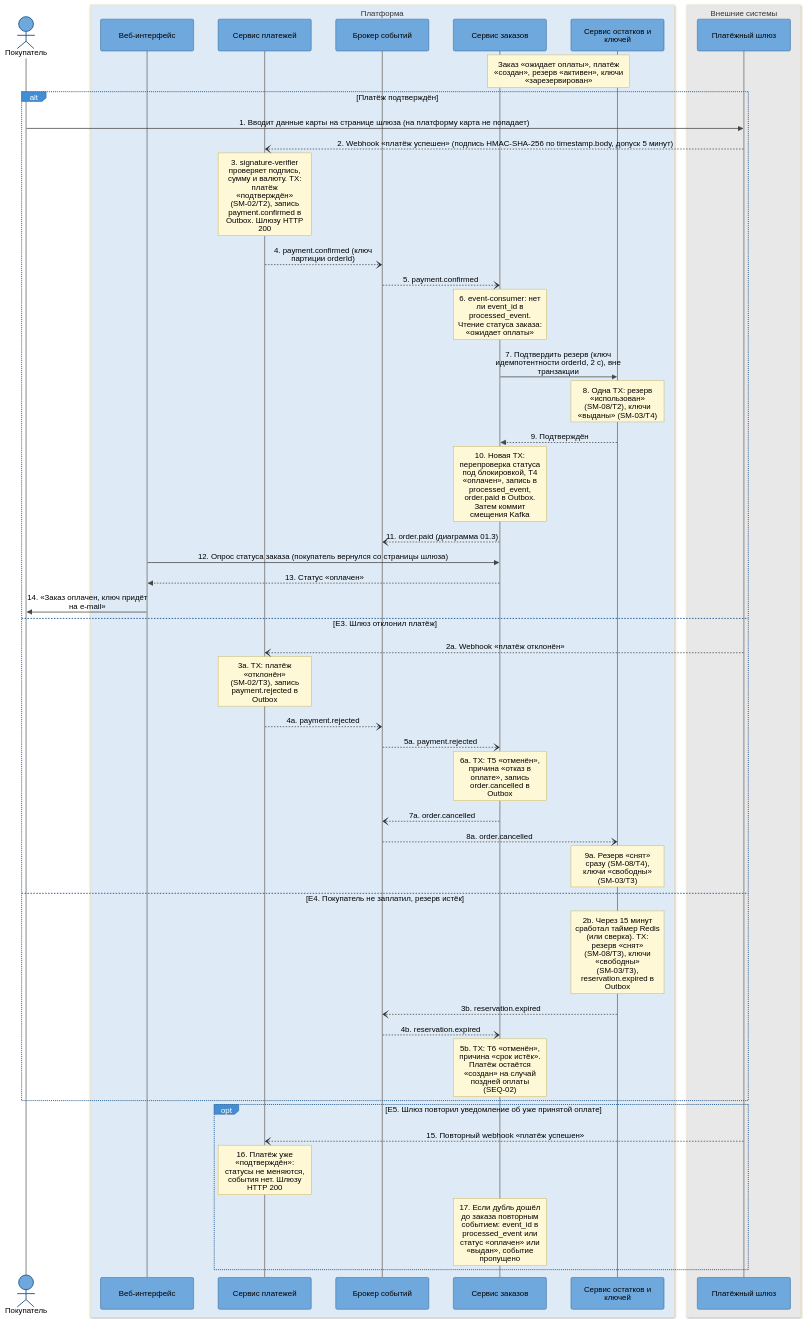
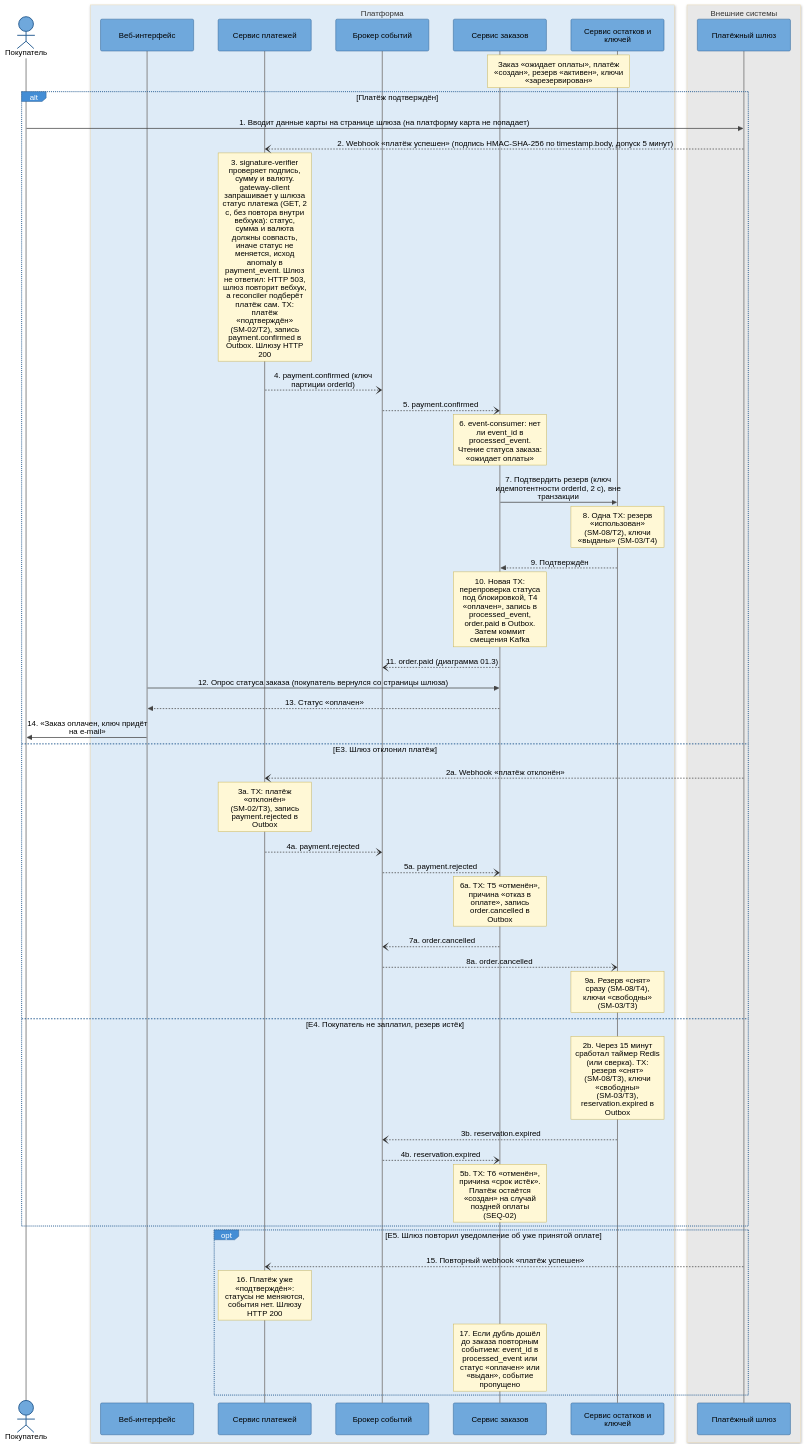
The third of 4 diagrams in docs/05-architecture/sequence-purchase.md (Lapin143/digital-goods-marketplace), drawn with Mermaid before and after one commit. The commit also changed other lines of this file and 8 other files, not shown here.

````diff
--- a/docs/05-architecture/sequence-purchase.md
+++ b/docs/05-architecture/sequence-purchase.md
@@ -231,52 +231,52 @@
 ```mermaid
 %%{init: {"theme":"base","themeVariables":{"actorBkg":"#6fa8dc","actorTextColor":"#000000","actorBorder":"#2e6295","actorLineColor":"#888888","signalColor":"#444444","signalTextColor":"#000000","noteBkgColor":"#fff8d6","noteTextColor":"#000000","noteBorderColor":"#c9b458","loopTextColor":"#000000","labelBoxBkgColor":"#438dd5","labelTextColor":"#ffffff","labelBoxBorderColor":"#2e6295","activationBkgColor":"#d9e8f7","activationBorderColor":"#2e6295"},"sequence":{"mirrorActors":true,"wrap":true,"width":190,"messageMargin":32,"boxMargin":8,"noteMargin":8}}}%%
 sequenceDiagram
     actor buyer as Покупатель
     box rgb(222,235,247) Платформа
     participant web-app as Веб-интерфейс
     participant payment-service as Сервис платежей
     participant kafka as Брокер событий
     participant order-service as Сервис заказов
     participant inventory-service as Сервис остатков и ключей
     end
     box rgb(232,232,232) Внешние системы
     participant payment-gateway as Платёжный шлюз
     end
 
     Note over order-service,inventory-service: Заказ «ожидает оплаты», платёж «создан», резерв «активен», ключи «зарезервирован»
     alt Платёж подтверждён
         buyer ->> payment-gateway: 1. Вводит данные карты на странице шлюза (на платформу карта не попадает)
         payment-gateway --) payment-service: 2. Webhook «платёж успешен» (подпись HMAC-SHA-256 по timestamp.body, допуск 5 минут)
-        Note over payment-service: 3. signature-verifier проверяет подпись, сумму и валюту. TX: платёж «подтверждён» (SM-02/T2), запись payment.confirmed в Outbox. Шлюзу HTTP 200
+        Note over payment-service: 3. signature-verifier проверяет подпись, сумму и валюту. gateway-client запрашивает у шлюза статус платежа (GET, 2 с, без повтора внутри вебхука): статус, сумма и валюта должны совпасть, иначе статус не меняется, исход anomaly в payment_event. Шлюз не ответил: HTTP 503, шлюз повторит вебхук, а reconciler подберёт платёж сам. TX: платёж «подтверждён» (SM-02/T2), запись payment.confirmed в Outbox. Шлюзу HTTP 200
         payment-service --) kafka: 4. payment.confirmed (ключ партиции orderId)
         kafka --) order-service: 5. payment.confirmed
         Note over order-service: 6. event-consumer: нет ли event_id в processed_event. Чтение статуса заказа: «ожидает оплаты»
         order-service ->> inventory-service: 7. Подтвердить резерв (ключ идемпотентности orderId, 2 с), вне транзакции
         Note over inventory-service: 8. Одна TX: резерв «использован» (SM-08/T2), ключи «выданы» (SM-03/T4)
         inventory-service -->> order-service: 9. Подтверждён
         Note over order-service: 10. Новая TX: перепроверка статуса под блокировкой, T4 «оплачен», запись в processed_event, order.paid в Outbox. Затем коммит смещения Kafka
         order-service --) kafka: 11. order.paid (диаграмма 01.3)
         web-app ->> order-service: 12. Опрос статуса заказа (покупатель вернулся со страницы шлюза)
         order-service -->> web-app: 13. Статус «оплачен»
         web-app ->> buyer: 14. «Заказ оплачен, ключ придёт на e-mail»
     else E3. Шлюз отклонил платёж
         payment-gateway --) payment-service: 2a. Webhook «платёж отклонён»
         Note over payment-service: 3a. TX: платёж «отклонён» (SM-02/T3), запись payment.rejected в Outbox
         payment-service --) kafka: 4a. payment.rejected
         kafka --) order-service: 5a. payment.rejected
         Note over order-service: 6a. TX: T5 «отменён», причина «отказ в оплате», запись order.cancelled в Outbox
         order-service --) kafka: 7a. order.cancelled
         kafka --) inventory-service: 8a. order.cancelled
         Note over inventory-service: 9a. Резерв «снят» сразу (SM-08/T4), ключи «свободны» (SM-03/T3)
     else E4. Покупатель не заплатил, резерв истёк
         Note over inventory-service: 2b. Через 15 минут сработал таймер Redis (или сверка). TX: резерв «снят» (SM-08/T3), ключи «свободны» (SM-03/T3), reservation.expired в Outbox
         inventory-service --) kafka: 3b. reservation.expired
         kafka --) order-service: 4b. reservation.expired
         Note over order-service: 5b. TX: T6 «отменён», причина «срок истёк». Платёж остаётся «создан» на случай поздней оплаты (SEQ-02)
     end
     opt E5. Шлюз повторил уведомление об уже принятой оплате
         payment-gateway --) payment-service: 15. Повторный webhook «платёж успешен»
         Note over payment-service: 16. Платёж уже «подтверждён»: статусы не меняются, события нет. Шлюзу HTTP 200
         Note over order-service: 17. Если дубль дошёл до заказа повторным событием: event_id в processed_event или статус «оплачен» или «выдан», событие пропущено
     end
 ```
````
